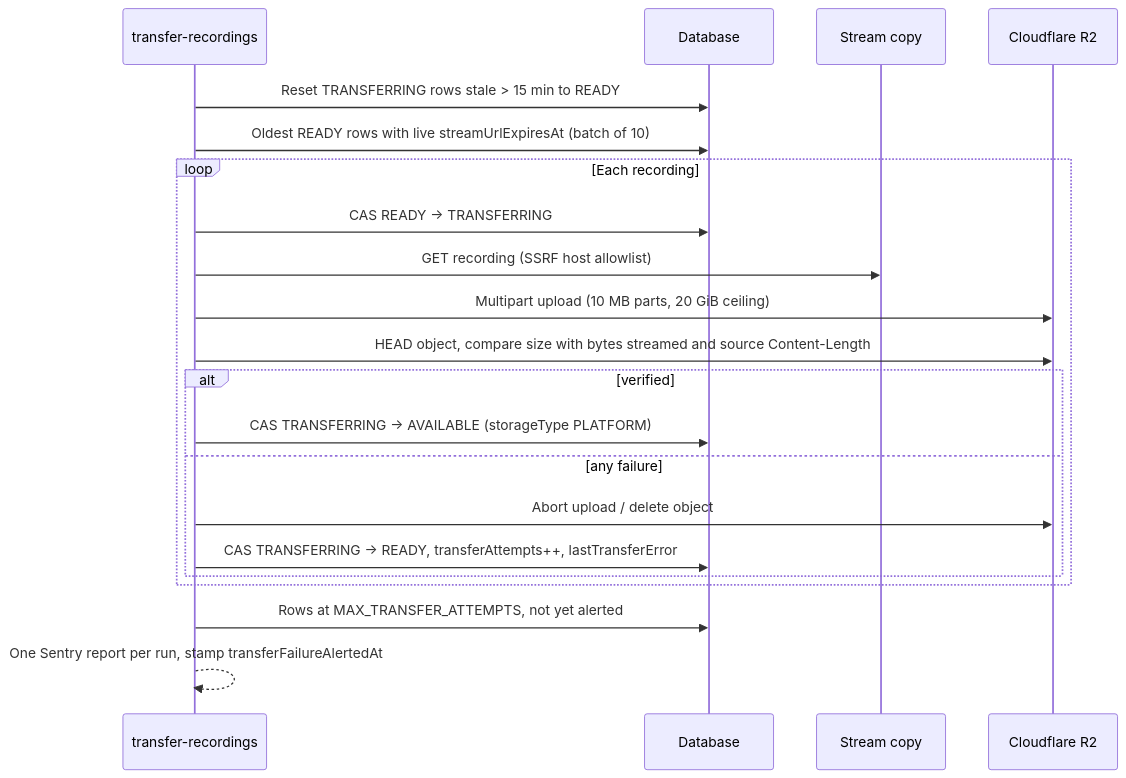
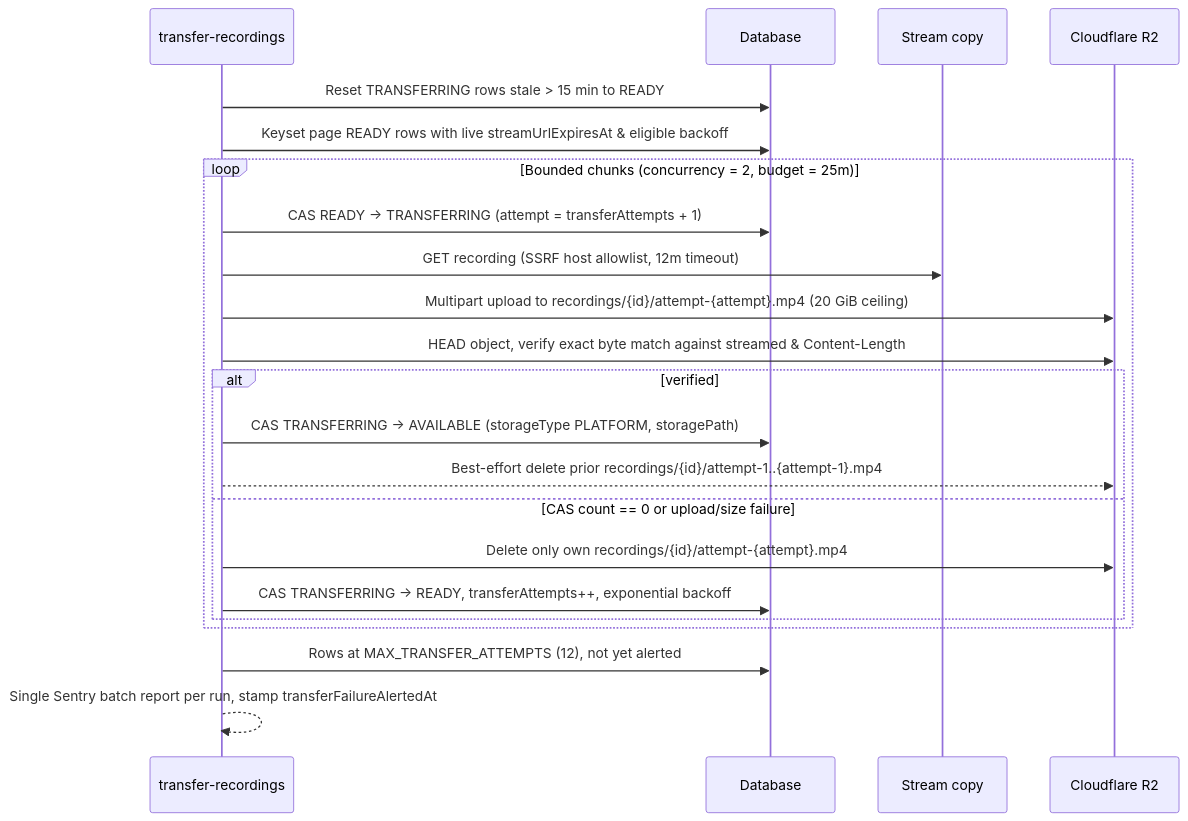
The seventh of 7 diagrams in docs/stream/13-recording-webhooks.md (Practitionist/familiarise_web), drawn with Mermaid before and after one commit. The commit also changed other lines of this file and 17 other files, not shown here.

````diff
--- a/docs/stream/13-recording-webhooks.md
+++ b/docs/stream/13-recording-webhooks.md
@@ -507,24 +507,25 @@
 ```mermaid
 sequenceDiagram
     participant Job as transfer-recordings
     participant DB as Database
     participant Stream as Stream copy
     participant R2 as Cloudflare R2
 
     Job->>DB: Reset TRANSFERRING rows stale > 15 min to READY
-    Job->>DB: Oldest READY rows with live streamUrlExpiresAt (batch of 10)
-    loop Each recording
-        Job->>DB: CAS READY -> TRANSFERRING
-        Job->>Stream: GET recording (SSRF host allowlist)
-        Job->>R2: Multipart upload (10 MB parts, 20 GiB ceiling)
-        Job->>R2: HEAD object, compare size with bytes streamed and source Content-Length
+    Job->>DB: Keyset page READY rows with live streamUrlExpiresAt & eligible backoff
+    loop Bounded chunks (concurrency = 2, budget = 25m)
+        Job->>DB: CAS READY -> TRANSFERRING (attempt = transferAttempts + 1)
+        Job->>Stream: GET recording (SSRF host allowlist, 12m timeout)
+        Job->>R2: Multipart upload to recordings/{id}/attempt-{attempt}.mp4 (20 GiB ceiling)
+        Job->>R2: HEAD object, verify exact byte match against streamed & Content-Length
         alt verified
-            Job->>DB: CAS TRANSFERRING -> AVAILABLE (storageType PLATFORM)
-        else any failure
-            Job->>R2: Abort upload / delete object
-            Job->>DB: CAS TRANSFERRING -> READY, transferAttempts++, lastTransferError
+            Job->>DB: CAS TRANSFERRING -> AVAILABLE (storageType PLATFORM, storagePath)
+            Job-->>R2: Best-effort delete prior recordings/{id}/attempt-1..{attempt-1}.mp4
+        else CAS count == 0 or upload/size failure
+            Job->>R2: Delete only own recordings/{id}/attempt-{attempt}.mp4
+            Job->>DB: CAS TRANSFERRING -> READY, transferAttempts++, exponential backoff
         end
     end
-    Job->>DB: Rows at MAX_TRANSFER_ATTEMPTS, not yet alerted
-    Job-->>Job: One Sentry report per run, stamp transferFailureAlertedAt
+    Job->>DB: Rows at MAX_TRANSFER_ATTEMPTS (12), not yet alerted
+    Job-->>Job: Single Sentry batch report per run, stamp transferFailureAlertedAt
 ```
````
